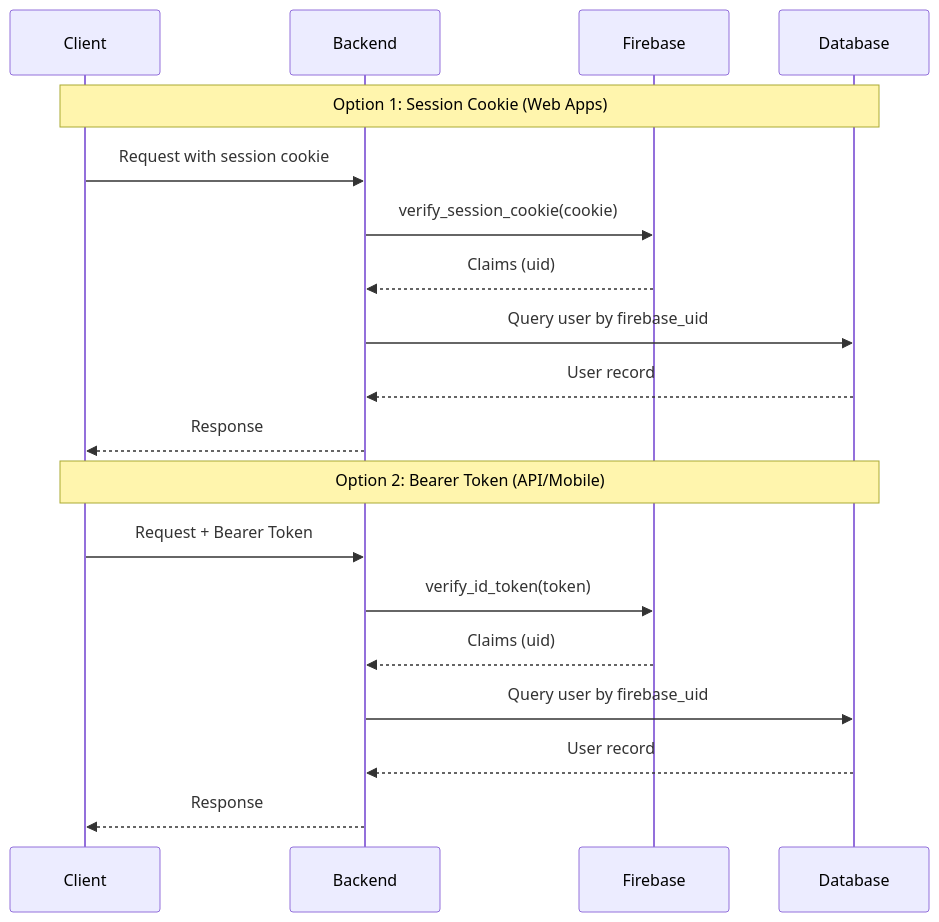
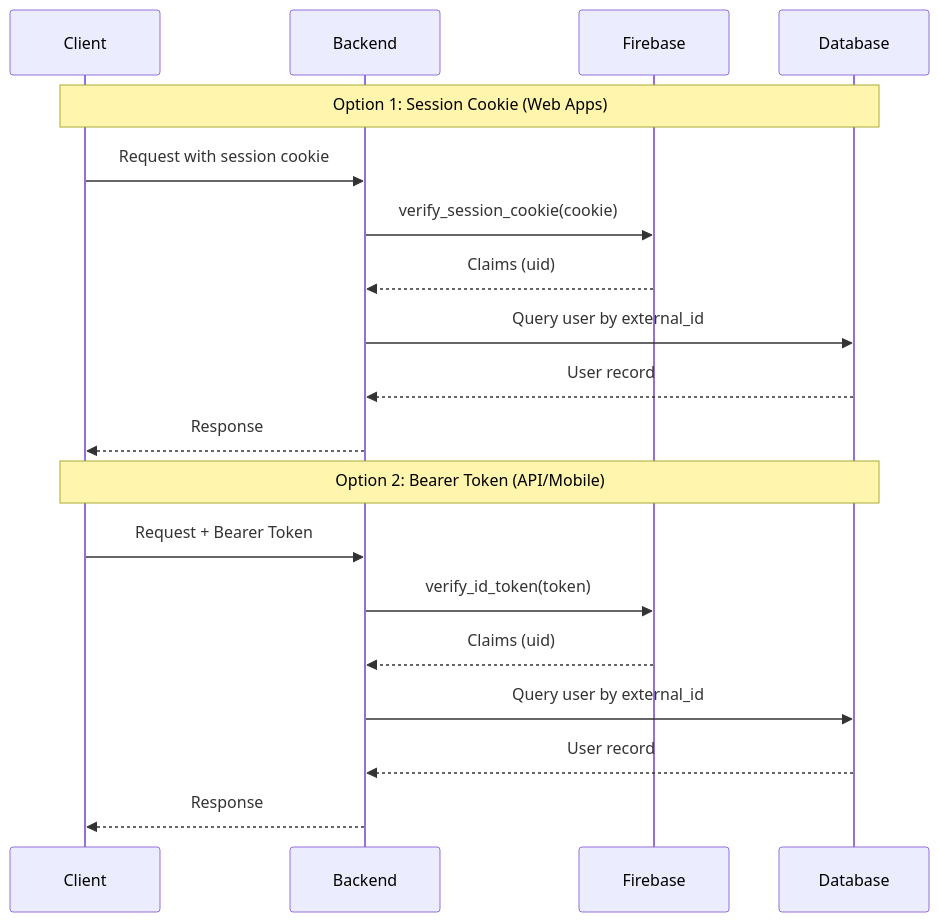
The first of 7 diagrams in docs/auth-flow.md (gokhantaskan/fastback), drawn with Mermaid before and after one commit. The commit also changed other lines of this file and 55 other files, not shown here.

````diff
--- a/docs/auth-flow.md
+++ b/docs/auth-flow.md
@@ -14,23 +14,23 @@
 ```mermaid
 sequenceDiagram
     participant Client
     participant Backend
     participant Firebase
     participant Database
 
     Note over Client,Database: Option 1: Session Cookie (Web Apps)
     Client->>Backend: Request with session cookie
     Backend->>Firebase: verify_session_cookie(cookie)
     Firebase-->>Backend: Claims (uid)
-    Backend->>Database: Query user by firebase_uid
+    Backend->>Database: Query user by external_id
     Database-->>Backend: User record
     Backend-->>Client: Response
 
     Note over Client,Database: Option 2: Bearer Token (API/Mobile)
     Client->>Backend: Request + Bearer Token
     Backend->>Firebase: verify_id_token(token)
     Firebase-->>Backend: Claims (uid)
-    Backend->>Database: Query user by firebase_uid
+    Backend->>Database: Query user by external_id
     Database-->>Backend: User record
     Backend-->>Client: Response
 ```
````
